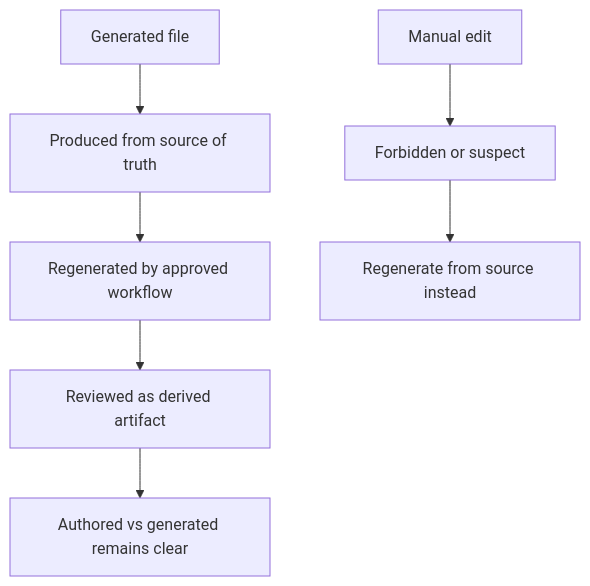
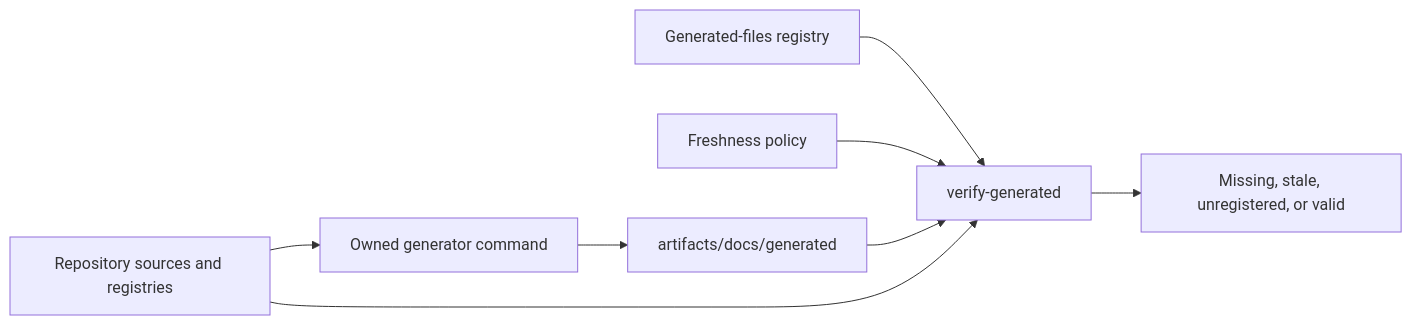
Before and after one commit to bijux/bijux-atlas: the diagram in docs/bijux-atlas-dev/workspace/generated-files.md, drawn with Mermaid. The commit also changed other lines of this file and 2 other files, not shown here.

Commit message:
docs(workspace): clarify repository authority and generated evidence

````diff
--- a/docs/bijux-atlas-dev/workspace/generated-files.md
+++ b/docs/bijux-atlas-dev/workspace/generated-files.md
@@ -16,11 +18,10 @@
 ```mermaid
-flowchart TD
-    Generated[Generated file] --> Source[Produced from source of truth]
-    Source --> Regenerate[Regenerated by approved workflow]
-    Regenerate --> Review[Reviewed as derived artifact]
-
-    Manual[Manual edit] --> Suspect[Forbidden or suspect]
-    Suspect --> Rebuild[Regenerate from source instead]
-
-    Review --> Clear[Authored vs generated remains clear]
+flowchart LR
+    Authority[Repository sources and registries] --> Generator[Owned generator command]
+    Generator --> Output[artifacts/docs/generated]
+    Registry[Generated-files registry] --> Verify[verify-generated]
+    Policy[Freshness policy] --> Verify
+    Output --> Verify
+    Authority --> Verify
+    Verify --> Result[Missing, stale, unregistered, or valid]
 ```
````
